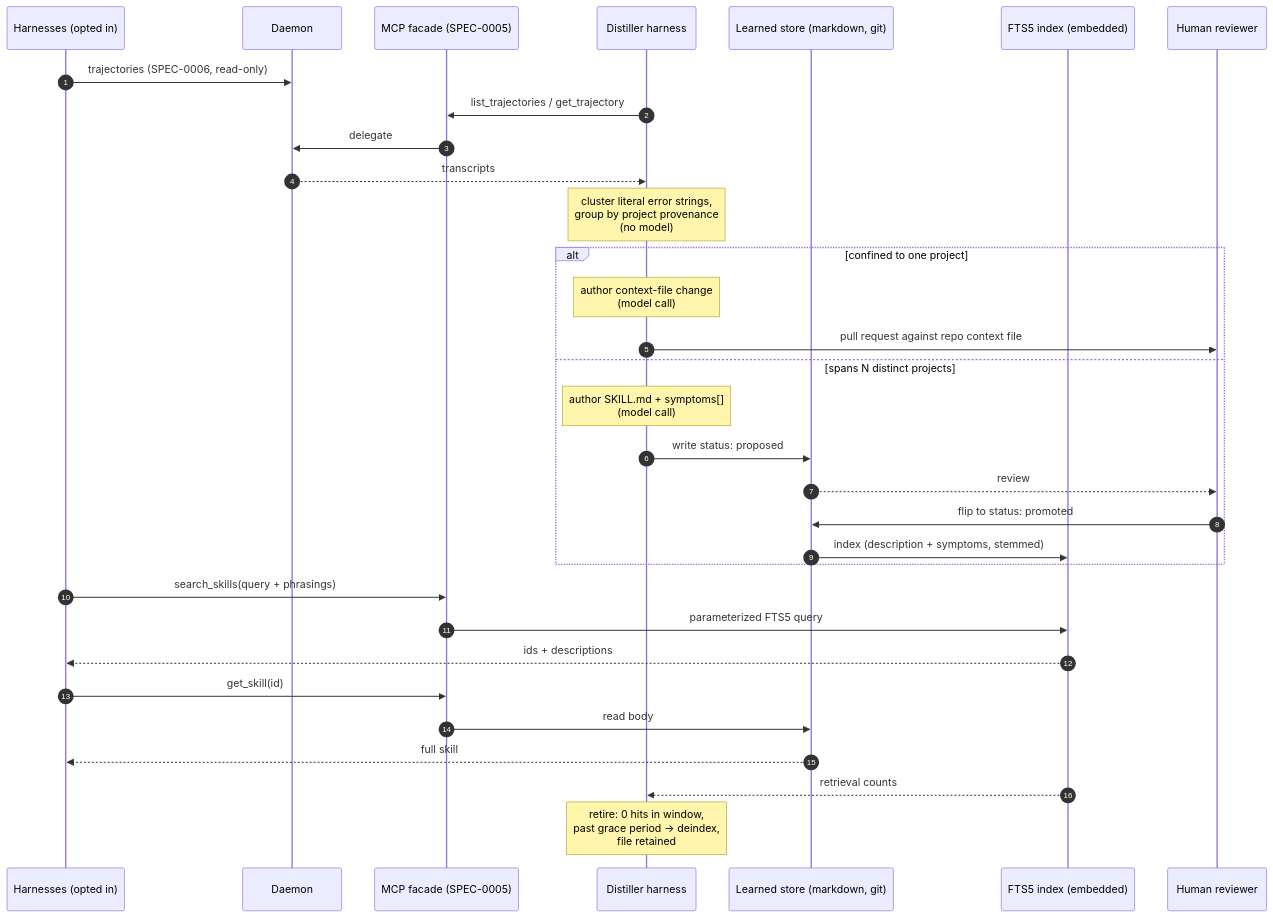
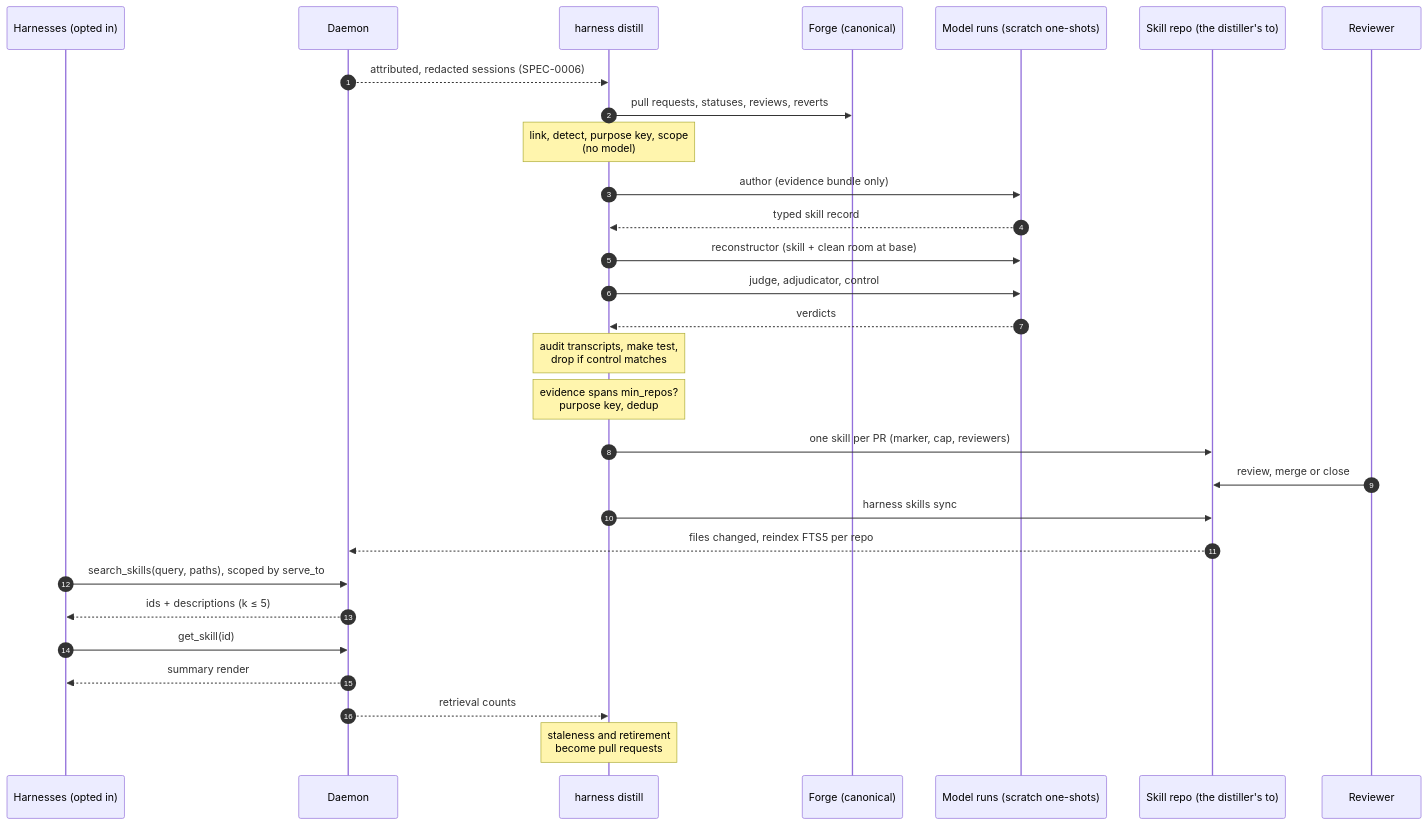
One commit to stump-wtf/harness changed the diagram in docs/openspec/specs/skill-distillation/design.md. Above: the diagram before and after it, drawn with Mermaid. The commit also changed other lines of this file and 5 other files, not shown here.

First line of the commit message:
docs(adr,spec): ADR-0030 grounded skill distillation, SPEC-0007 rev

````diff
--- a/docs/openspec/specs/skill-distillation/design.md
+++ b/docs/openspec/specs/skill-distillation/design.md
@@ -159,39 +244,32 @@
 ```mermaid
 sequenceDiagram
     autonumber
     participant H as Harnesses (opted in)
     participant D as Daemon
-    participant F as MCP facade (SPEC-0005)
-    participant X as Distiller harness
-    participant S as Learned store (markdown, git)
-    participant I as FTS5 index (embedded)
-    participant P as Human reviewer
+    participant X as harness distill
+    participant F as Forge (canonical)
+    participant M as Model runs (scratch one-shots)
+    participant L as Skill repo (the distiller's to)
+    participant R as Reviewer
 
-    H->>D: trajectories (SPEC-0006, read-only)
-    X->>F: list_trajectories / get_trajectory
-    F->>D: delegate
-    D-->>X: transcripts
-
-    Note over X: cluster literal error strings,<br/>group by project provenance<br/>(no model)
-
-    alt confined to one project
-        Note over X: author context-file change<br/>(model call)
-        X->>P: pull request against repo context file
-    else spans N distinct projects
-        Note over X: author SKILL.md + symptoms[]<br/>(model call)
-        X->>S: write status: proposed
-        S-->>P: review
-        P->>S: flip to status: promoted
-        S->>I: index (description + symptoms, stemmed)
-    end
-
-    H->>F: search_skills(query + phrasings)
-    F->>I: parameterized FTS5 query
-    I-->>H: ids + descriptions
-    H->>F: get_skill(id)
-    F->>S: read body
-    S-->>H: full skill
-
-    I-->>X: retrieval counts
-    Note over X: retire: 0 hits in window,<br/>past grace period → deindex,<br/>file retained
+    D-->>X: attributed, redacted sessions (SPEC-0006)
+    X->>F: pull requests, statuses, reviews, reverts
+    Note over X: link, detect, purpose key, scope<br/>(no model)
+    X->>M: author (evidence bundle only)
+    M-->>X: typed skill record
+    X->>M: reconstructor (skill + clean room at base)
+    X->>M: judge, adjudicator, control
+    M-->>X: verdicts
+    Note over X: audit transcripts, make test,<br/>drop if control matches
+    Note over X: evidence spans min_repos?<br/>purpose key, dedup
+    X->>L: one skill per PR (marker, cap, reviewers)
+    R->>L: review, merge or close
+    X->>L: harness skills sync
+    L-->>D: files changed, reindex FTS5 per repo
+    H->>D: search_skills(query, paths), scoped by serve_to
+    D-->>H: ids + descriptions (k ≤ 5)
+    H->>D: get_skill(id)
+    D-->>H: summary render
+    D-->>X: retrieval counts
+    Note over X: staleness and retirement<br/>become pull requests
 ```
````
